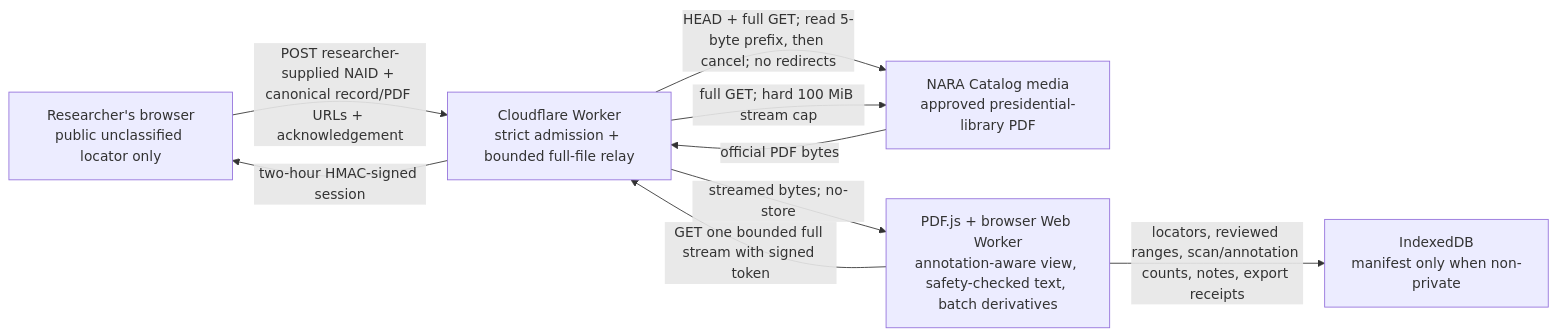
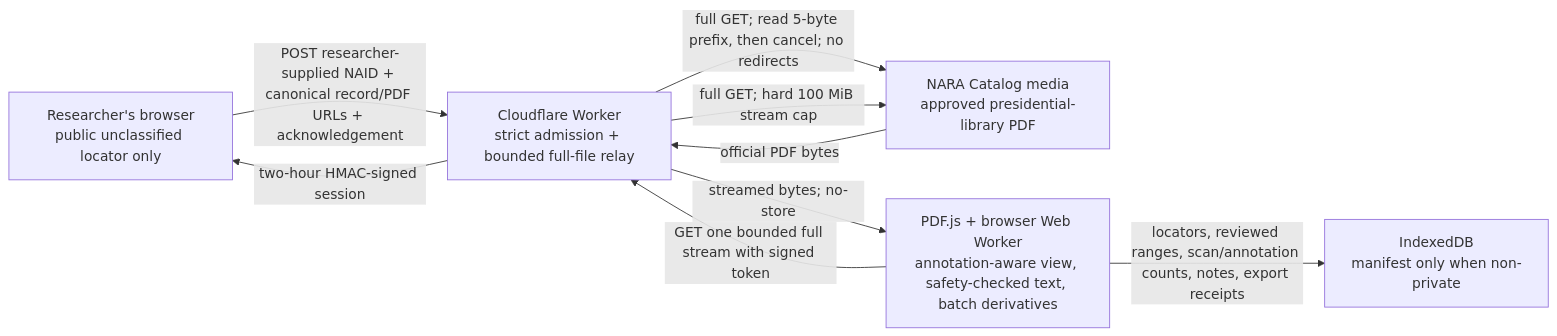
The second of 3 diagrams in docs/SECURITY_MODEL.md (therealjameswilson/opstalia), drawn with Mermaid before and after one commit. The commit also changed other lines of this file and 13 other files, not shown here.

````diff
--- a/docs/SECURITY_MODEL.md
+++ b/docs/SECURITY_MODEL.md
@@ -105,17 +105,17 @@
 ```mermaid
 flowchart LR
     B["Researcher's browser<br/>public unclassified locator only"]
     W["Cloudflare Worker<br/>strict admission + bounded full-file relay"]
     N["NARA Catalog media<br/>approved presidential-library PDF"]
     P["PDF.js + browser Web Worker<br/>annotation-aware view, safety-checked text, batch derivatives"]
     I["IndexedDB<br/>manifest only when non-private"]
 
     B -->|"POST researcher-supplied NAID + canonical record/PDF URLs + acknowledgement"| W
-    W -->|"HEAD + full GET; read 5-byte prefix, then cancel; no redirects"| N
+    W -->|"full GET; read 5-byte prefix, then cancel; no redirects"| N
     W -->|"two-hour HMAC-signed session"| B
     P -->|"GET one bounded full stream with signed token"| W
     W -->|"full GET; hard 100 MiB stream cap"| N
     N -->|"official PDF bytes"| W
     W -->|"streamed bytes; no-store"| P
     P -->|"locators, reviewed ranges, scan/annotation counts, notes, export receipts"| I
 ```
````
